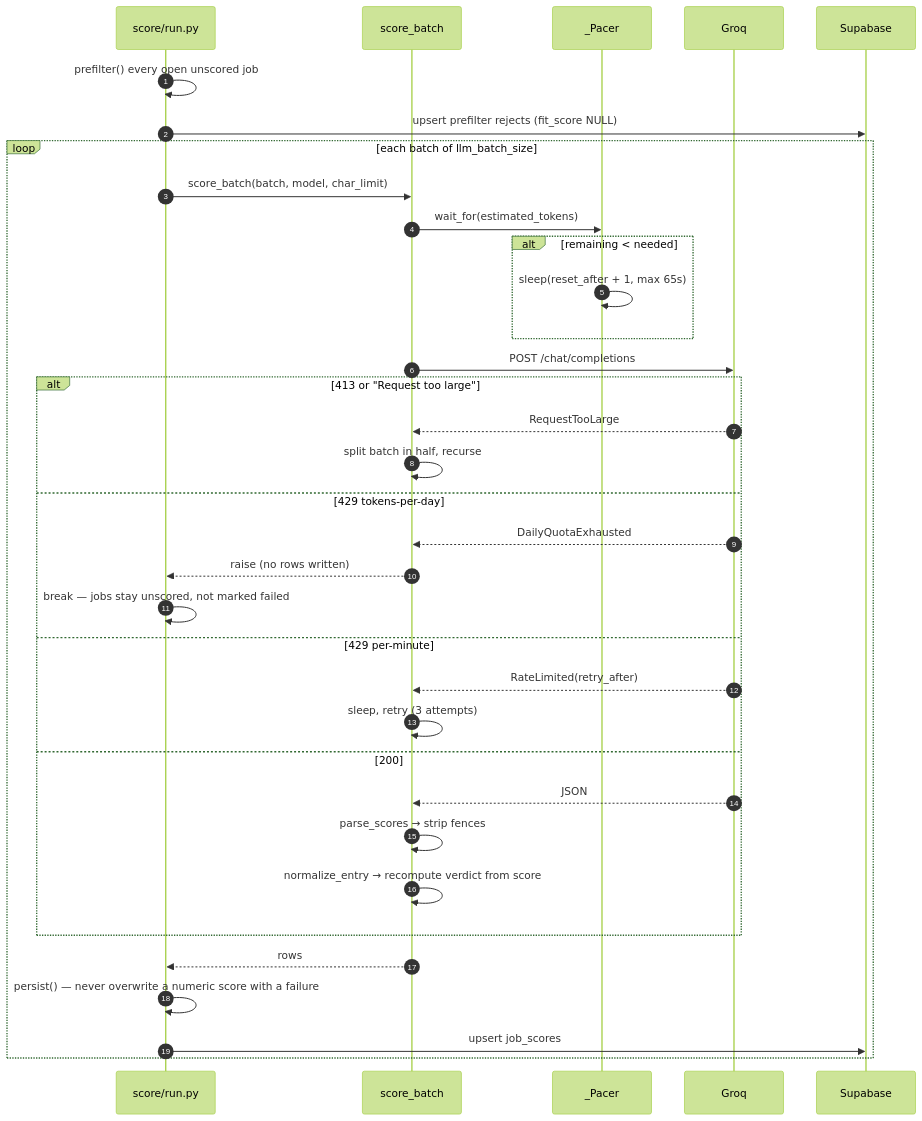
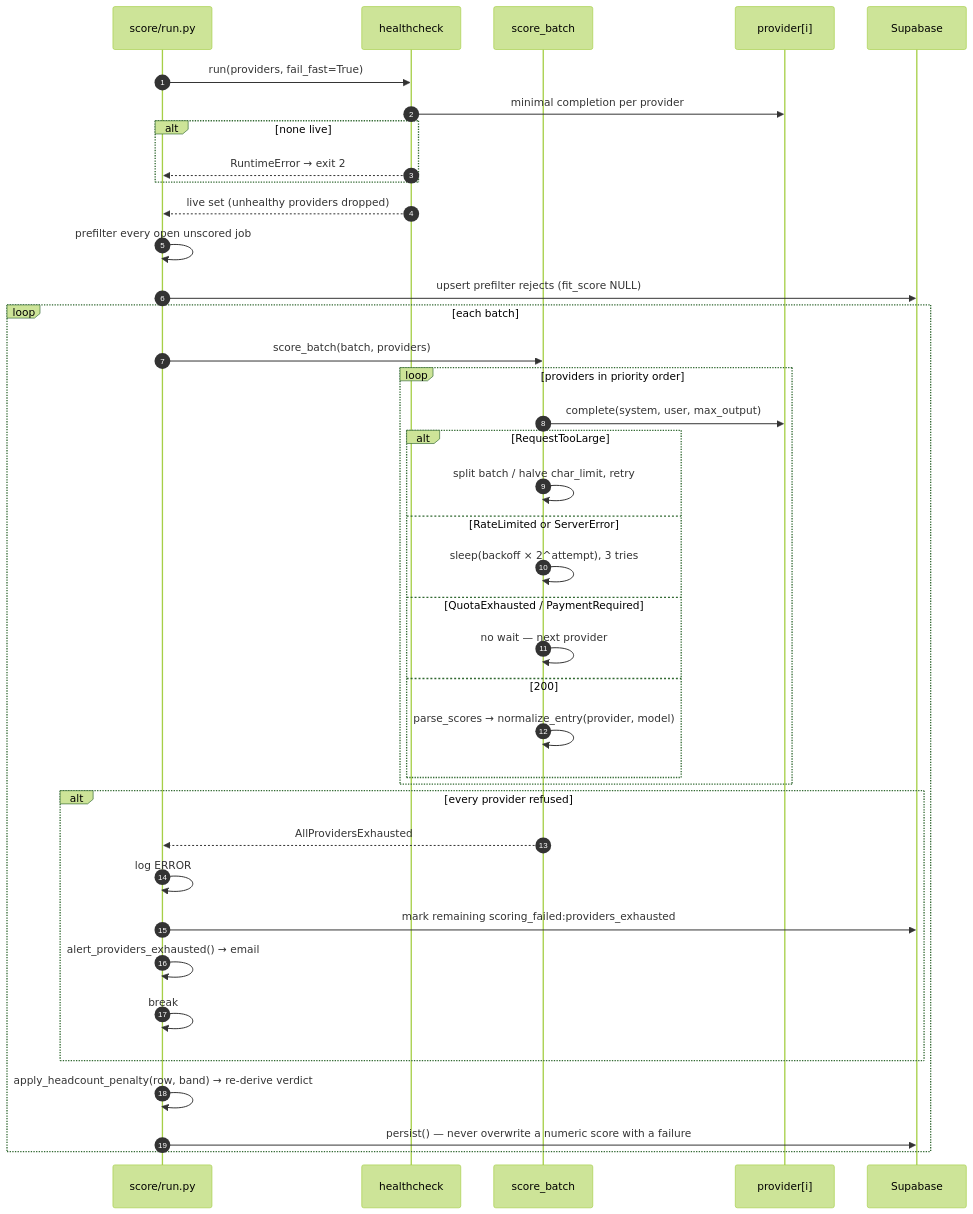
One commit to harsh-m-10/job-discovery-agent changed the sixth of 8 diagrams in docs/LLD.md. Above: the diagram before and after it, drawn with Mermaid (forest theme). The commit also changed other lines of this file and 3 other files, not shown here.

````diff
--- a/docs/LLD.md
+++ b/docs/LLD.md
@@ -449,38 +542,43 @@
 ```mermaid
 sequenceDiagram
     autonumber
     participant RUN as score/run.py
+    participant HC as healthcheck
     participant SB as score_batch
-    participant P as _Pacer
-    participant G as Groq
+    participant P1 as provider[i]
     participant DB as Supabase
 
-    RUN->>RUN: prefilter() every open unscored job
+    RUN->>HC: run(providers, fail_fast=True)
+    HC->>P1: minimal completion per provider
+    alt none live
+        HC-->>RUN: RuntimeError → exit 2
+    end
+    HC-->>RUN: live set (unhealthy providers dropped)
+    RUN->>RUN: prefilter every open unscored job
     RUN->>DB: upsert prefilter rejects (fit_score NULL)
-    loop each batch of llm_batch_size
-        RUN->>SB: score_batch(batch, model, char_limit)
-        SB->>P: wait_for(estimated_tokens)
-        alt remaining < needed
-            P->>P: sleep(reset_after + 1, max 65s)
+
+    loop each batch
+        RUN->>SB: score_batch(batch, providers)
+        loop providers in priority order
+            SB->>P1: complete(system, user, max_output)
+            alt RequestTooLarge
+                SB->>SB: split batch / halve char_limit, retry
+            else RateLimited or ServerError
+                SB->>SB: sleep(backoff × 2^attempt), 3 tries
+            else QuotaExhausted / PaymentRequired
+                SB->>SB: no wait — next provider
+            else 200
+                SB->>SB: parse_scores → normalize_entry(provider, model)
+            end
         end
-        SB->>G: POST /chat/completions
-        alt 413 or "Request too large"
-            G-->>SB: RequestTooLarge
-            SB->>SB: split batch in half, recurse
-        else 429 tokens-per-day
-            G-->>SB: DailyQuotaExhausted
-            SB-->>RUN: raise (no rows written)
-            RUN->>RUN: break — jobs stay unscored, not marked failed
-        else 429 per-minute
-            G-->>SB: RateLimited(retry_after)
-            SB->>SB: sleep, retry (3 attempts)
-        else 200
-            G-->>SB: JSON
-            SB->>SB: parse_scores → strip fences
-            SB->>SB: normalize_entry → recompute verdict from score
+        alt every provider refused
+            SB-->>RUN: AllProvidersExhausted
+            RUN->>RUN: log ERROR
+            RUN->>DB: mark remaining scoring_failed:providers_exhausted
+            RUN->>RUN: alert_providers_exhausted() → email
+            RUN->>RUN: break
         end
-        SB-->>RUN: rows
-        RUN->>RUN: persist() — never overwrite a numeric score with a failure
-        RUN->>DB: upsert job_scores
+        RUN->>RUN: apply_headcount_penalty(row, band) → re-derive verdict
+        RUN->>DB: persist() — never overwrite a numeric score with a failure
     end
 ```
````
